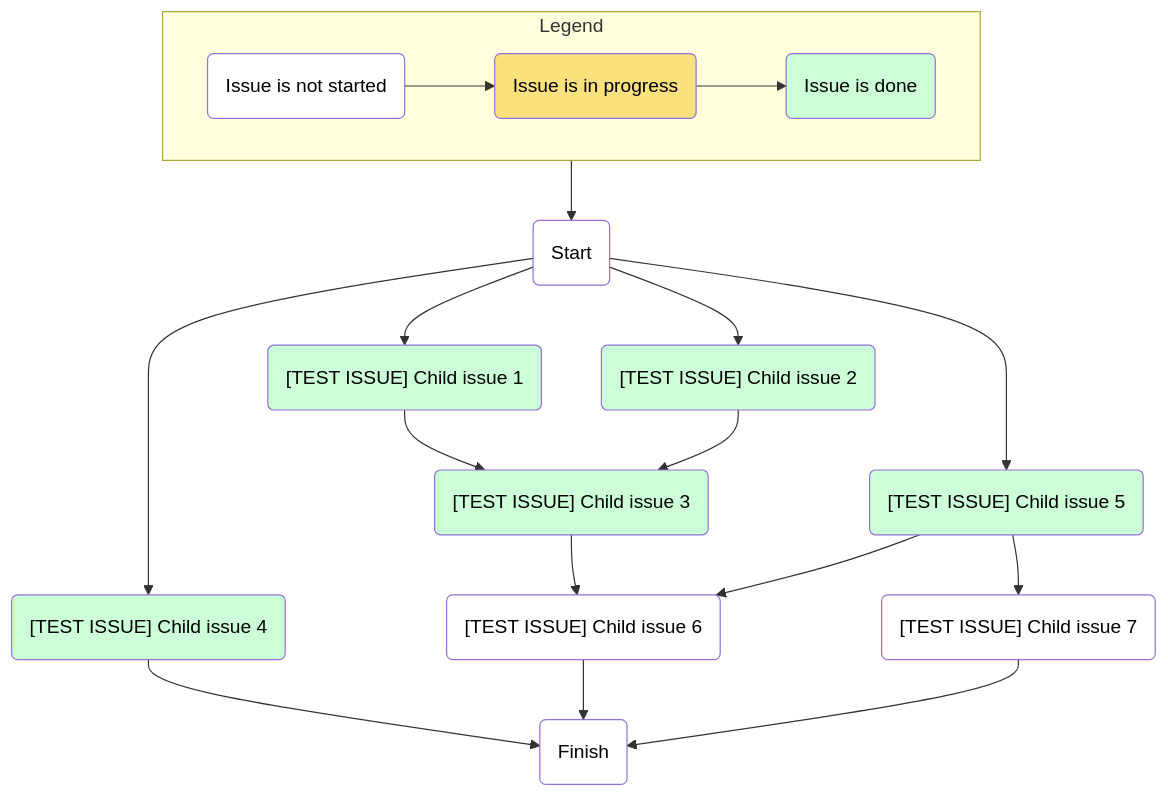
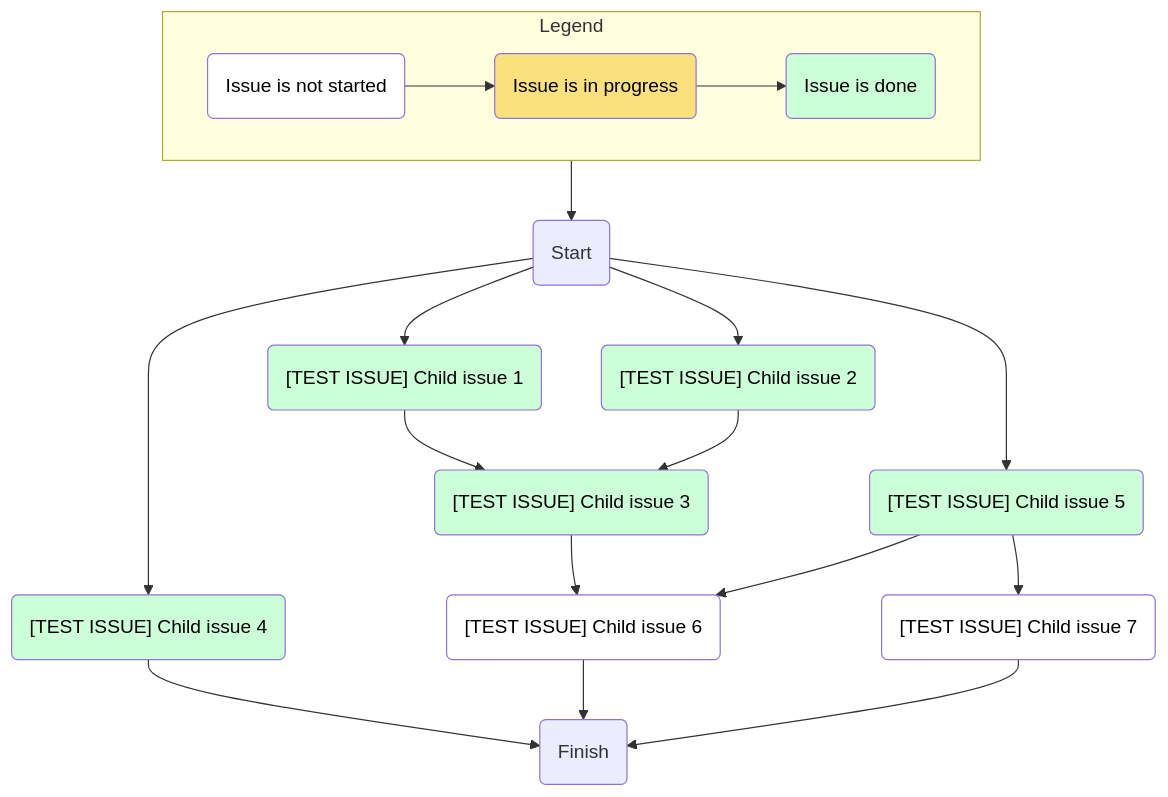
One commit to maxim-lobanov/build-issue-dependencies-graph changed the diagram in README.md. Above: the diagram before and after it, drawn with Mermaid.

````diff
--- a/README.md
+++ b/README.md
@@ -133,73 +133,73 @@
 ```mermaid
 flowchart TD
 
 %% <Legend>
 legend --> start
 subgraph legend["Legend"]
     direction LR;
     notstarted("Issue is not started"):::notstarted;
     started("Issue is in progress"):::started;
     completed("Issue is done"):::completed;
     notstarted --> started --> completed;
 end
 
 %% </Legend>
 
 
 %% <CSS>
 
 classDef notstarted fill:#FFF,color:#000;
 classDef started fill:#fae17d,color:#000;
 classDef completed fill:#ccffd8,color:#000;
 
 %% </CSS>
 
 
 %% <Issues>
 
-start("Start"):::notstarted;
+start("Start"):::default;
 
 issue1488484564("[TEST ISSUE] Child issue 1"):::completed;
 click issue1488484564 href "https://github.com/maxim-lobanov/build-issue-dependencies-graph/issues/2" _blank;
 
 issue1488484695("[TEST ISSUE] Child issue 2"):::completed;
 click issue1488484695 href "https://github.com/maxim-lobanov/build-issue-dependencies-graph/issues/3" _blank;
 
 issue1488484833("[TEST ISSUE] Child issue 3"):::completed;
 click issue1488484833 href "https://github.com/maxim-lobanov/build-issue-dependencies-graph/issues/4" _blank;
 
 issue1524488391("[TEST ISSUE] Child issue 4"):::completed;
 click issue1524488391 href "https://github.com/maxim-lobanov/build-issue-dependencies-graph/issues/5" _blank;
 
 issue1524488450("[TEST ISSUE] Child issue 5"):::completed;
 click issue1524488450 href "https://github.com/maxim-lobanov/build-issue-dependencies-graph/issues/6" _blank;
 
 issue1524488472("[TEST ISSUE] Child issue 6"):::notstarted;
 click issue1524488472 href "https://github.com/maxim-lobanov/build-issue-dependencies-graph/issues/7" _blank;
 
 issue1524488513("[TEST ISSUE] Child issue 7"):::notstarted;
 click issue1524488513 href "https://github.com/maxim-lobanov/build-issue-dependencies-graph/issues/8" _blank;
 
-finish("Finish"):::notstarted;
+finish("Finish"):::default;
 
 %% </Issues>
 
 
 %% <Dependencies>
 
 start --> issue1488484564;
 start --> issue1488484695;
 start --> issue1524488391;
 start --> issue1524488450;
 issue1488484564 --> issue1488484833;
 issue1488484695 --> issue1488484833;
 issue1488484833 --> issue1524488472;
 issue1524488450 --> issue1524488472;
 issue1524488450 --> issue1524488513;
 issue1524488391 --> finish;
 issue1524488472 --> finish;
 issue1524488513 --> finish;
 
 %% </Dependencies>
 
 ```
````
